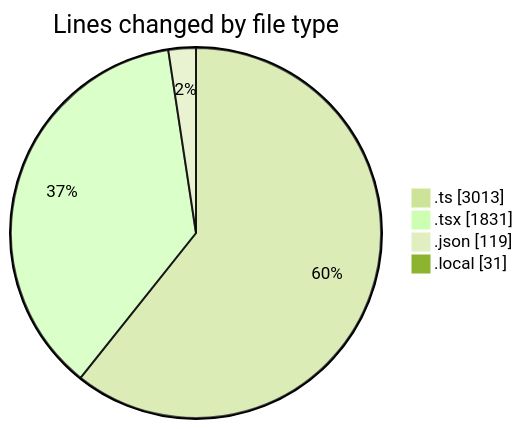
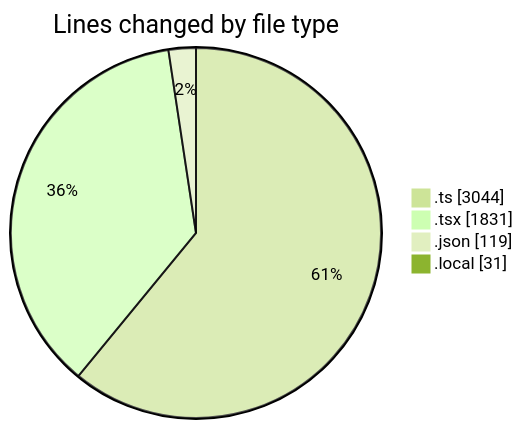
The first of 2 diagrams in 2025-11-10/eventscop-frontend-guide__workspace_/README.md (julien-gomy/code-tracking), drawn with Mermaid (forest theme) before and after one commit. The commit also changed other lines of this file and 1 other file, not shown here.

````diff
--- a/2025-11-10/eventscop-frontend-guide__workspace_/README.md
+++ b/2025-11-10/eventscop-frontend-guide__workspace_/README.md
@@ -51,8 +54,8 @@
 ```mermaid
 pie showData
 title Lines changed by file type
-".ts" : 3013
+".ts" : 3044
 ".tsx" : 1831
 ".json" : 119
 ".local" : 31
 ```
````
